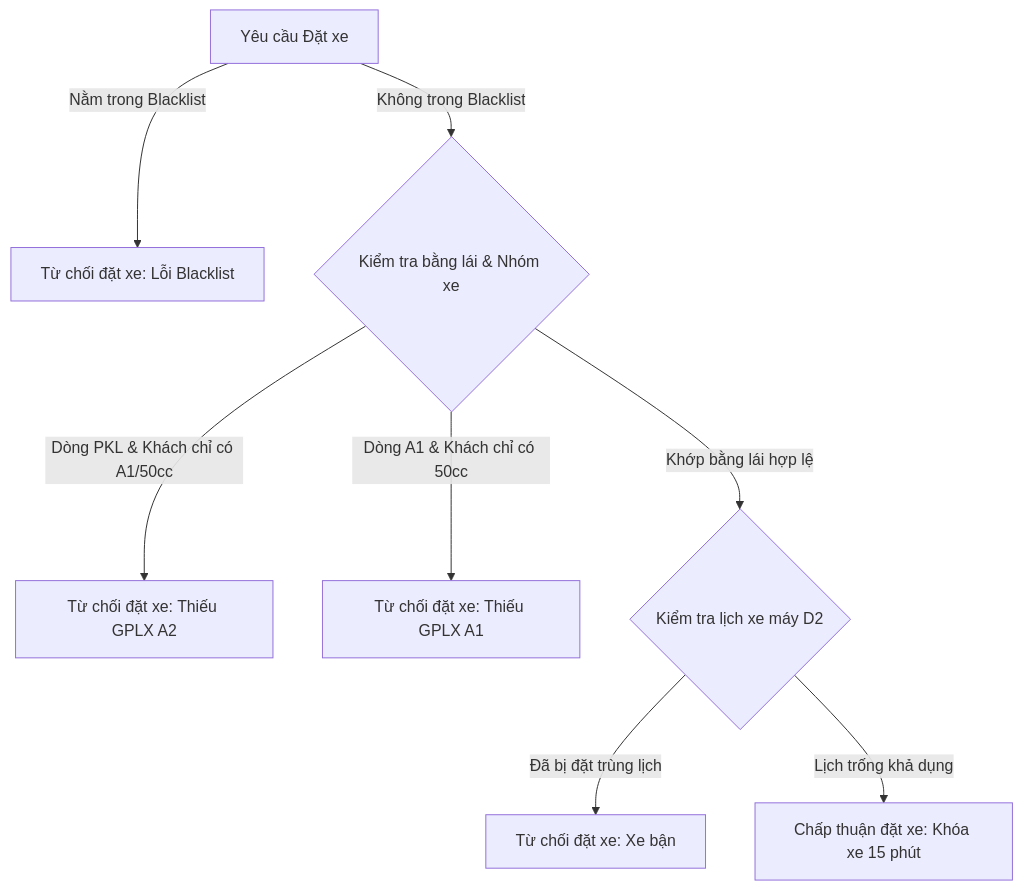
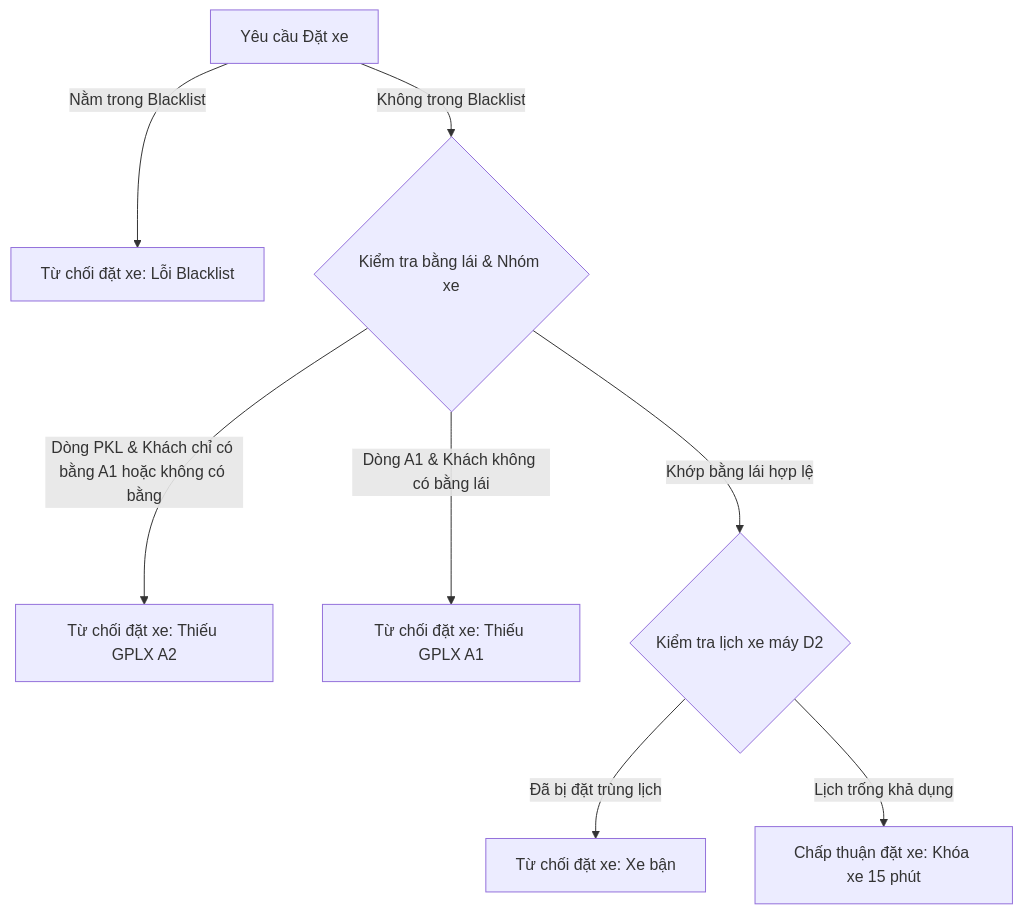
The tenth of 16 diagrams in docs/BaoCao_DeTaiNhom_PTTKHT.md (Vqd2k6/SAD-UTH), drawn with Mermaid before and after one commit. The commit also changed other lines of this file and 1 other file, not shown here.

Commit message:
docs: fix Mermaid syntax errors in decision trees and add missing early return decision tree

````diff
--- a/docs/BaoCao_DeTaiNhom_PTTKHT.md
+++ b/docs/BaoCao_DeTaiNhom_PTTKHT.md
@@ -1543,10 +1543,10 @@
 ```mermaid
 graph TD
     A["Yêu cầu Đặt xe"] -->|Nằm trong Blacklist| B["Từ chối đặt xe: Lỗi Blacklist"]
     A -->|Không trong Blacklist| C{"Kiểm tra bằng lái & Nhóm xe"}
-    C -->|Dòng PKL & Khách chỉ có A1/50cc| D["Từ chối đặt xe: Thiếu GPLX A2"]
-    C -->|Dòng A1 & Khách chỉ có 50cc| E["Từ chối đặt xe: Thiếu GPLX A1"]
+    C -->|"Dòng PKL & Khách chỉ có bằng A1 hoặc không có bằng"| D["Từ chối đặt xe: Thiếu GPLX A2"]
+    C -->|"Dòng A1 & Khách không có bằng lái"| E["Từ chối đặt xe: Thiếu GPLX A1"]
     C -->|Khớp bằng lái hợp lệ| F{"Kiểm tra lịch xe máy D2"}
     F -->|Đã bị đặt trùng lịch| G["Từ chối đặt xe: Xe bận"]
     F -->|Lịch trống khả dụng| H["Chấp thuận đặt xe: Khóa xe 15 phút"]
 ```
````
